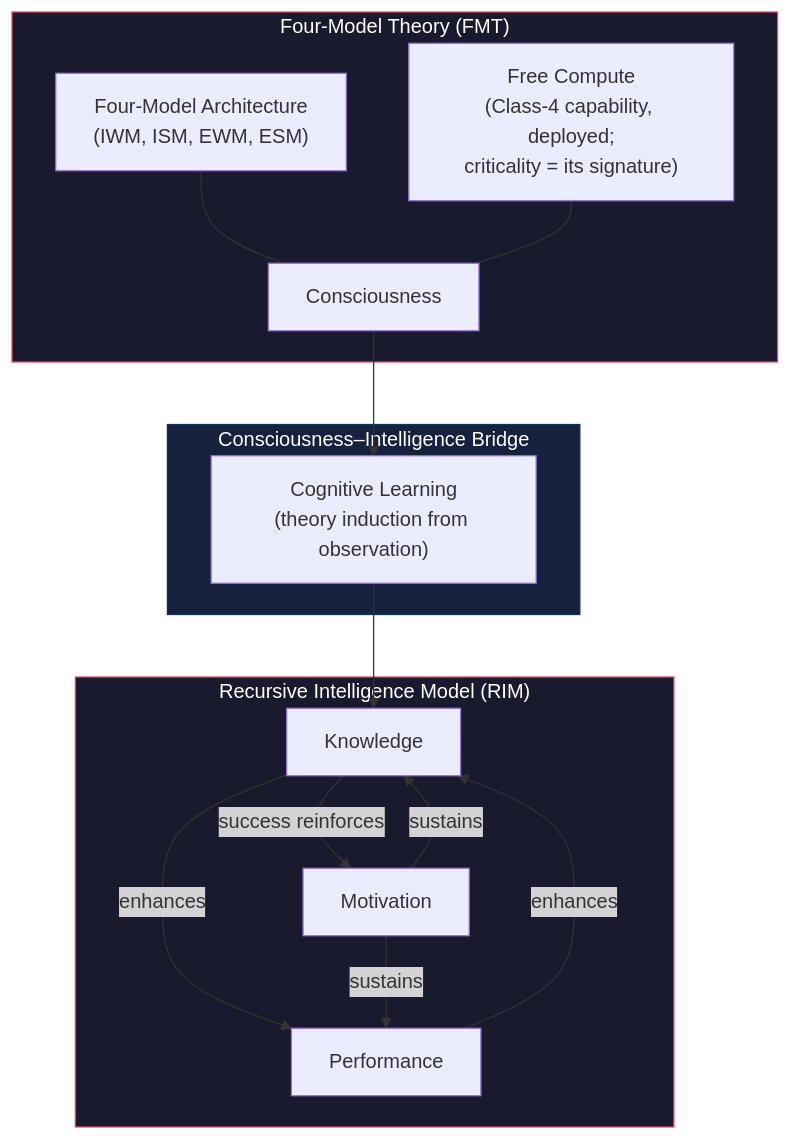
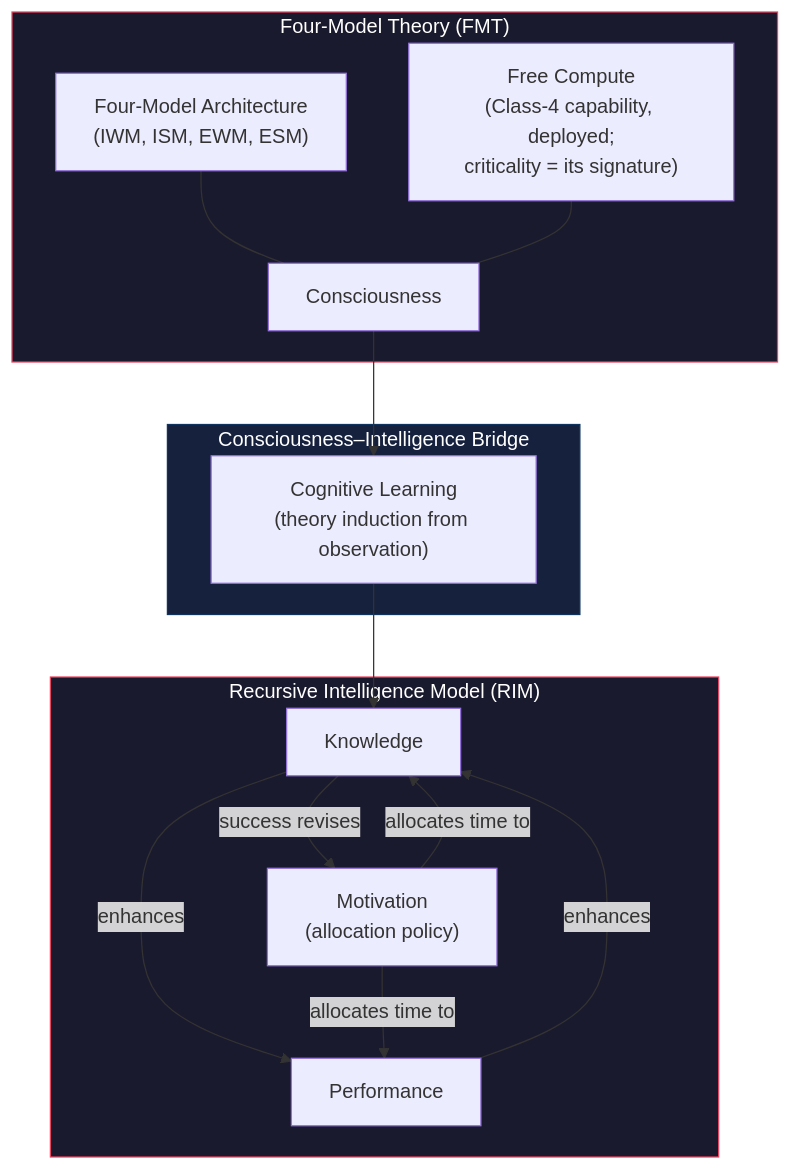
The diagram in wiki/foundations/overview.md (JeltzProstetnic/aIware), drawn with Mermaid before and after one commit. The commit also changed other lines of this file and 124 other files, not shown here.

````diff
--- a/wiki/foundations/overview.md
+++ b/wiki/foundations/overview.md
@@ -37,26 +37,26 @@
 ```mermaid
 graph TB
     subgraph FMT["Four-Model Theory (FMT)"]
         A["Four-Model Architecture<br/>(IWM, ISM, EWM, ESM)"]
         B["Free Compute<br/>(Class-4 capability, deployed;<br/>criticality = its signature)"]
         A --- C["Consciousness"]
         B --- C
     end
 
     subgraph Bridge["Consciousness–Intelligence Bridge"]
         C --> D["Cognitive Learning<br/>(theory induction from observation)"]
     end
 
     subgraph RIM["Recursive Intelligence Model (RIM)"]
         D --> E["Knowledge"]
         E -->|"enhances"| F["Performance"]
         F -->|"enhances"| E
-        G["Motivation"] -->|"sustains"| E
-        G -->|"sustains"| F
-        E -->|"success reinforces"| G
+        G["Motivation<br/>(allocation policy)"] -->|"allocates time to"| E
+        G -->|"allocates time to"| F
+        E -->|"success revises"| G
     end
 
     style FMT fill:#1a1a2e,stroke:#e94560,color:#fff
     style Bridge fill:#16213e,stroke:#0f3460,color:#fff
     style RIM fill:#1a1a2e,stroke:#e94560,color:#fff
 ```
````
